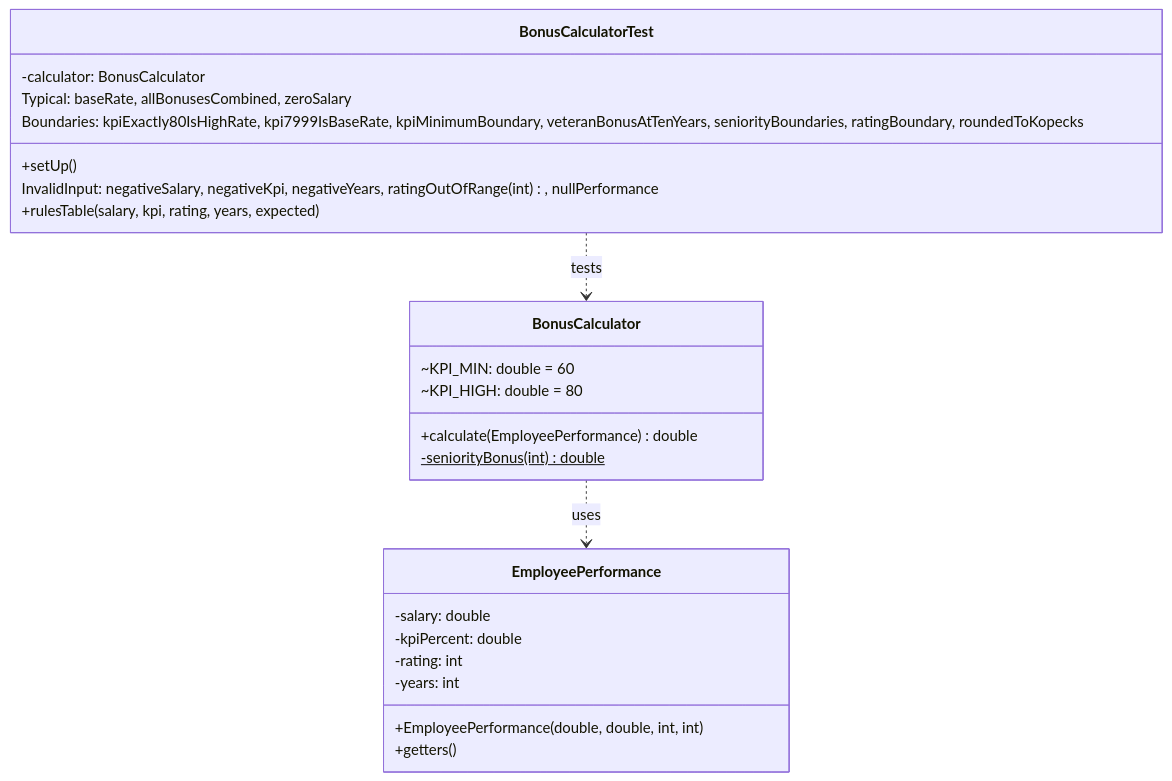
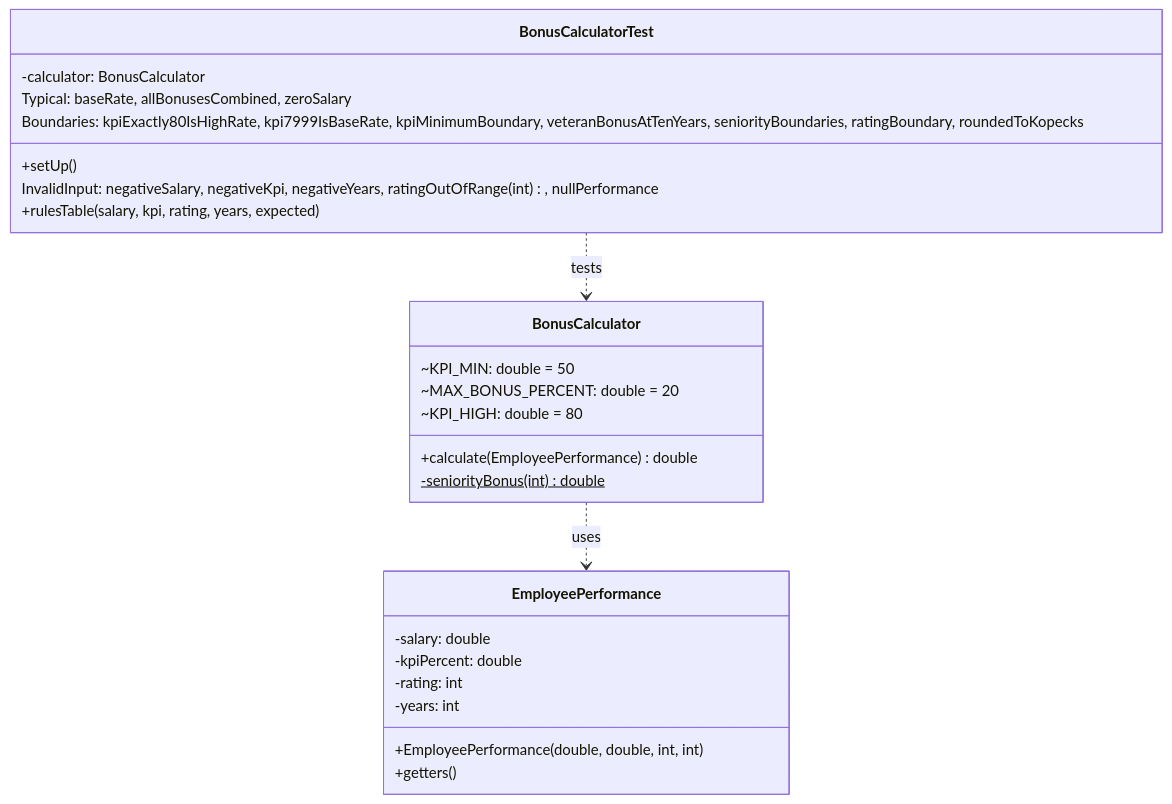
The second of 2 diagrams in pr14/README.md (f1shi/java-practice), drawn with Mermaid before and after one commit. The commit also changed other lines of this file and 68 other files, not shown here.

````diff
--- a/pr14/README.md
+++ b/pr14/README.md
@@ -90,27 +94,28 @@
 ```mermaid
 classDiagram
     class BonusCalculatorTest {
         -calculator: BonusCalculator
         +setUp()
         Typical: baseRate, allBonusesCombined, zeroSalary
         Boundaries: kpiExactly80IsHighRate, kpi7999IsBaseRate, kpiMinimumBoundary, veteranBonusAtTenYears, seniorityBoundaries, ratingBoundary, roundedToKopecks
         InvalidInput: negativeSalary, negativeKpi, negativeYears, ratingOutOfRange(int), nullPerformance
         +rulesTable(salary, kpi, rating, years, expected)
     }
     class BonusCalculator {
-        ~KPI_MIN: double = 60
+        ~KPI_MIN: double = 50
+        ~MAX_BONUS_PERCENT: double = 20
         ~KPI_HIGH: double = 80
         +calculate(EmployeePerformance) double
         -seniorityBonus(int)$ double
     }
     class EmployeePerformance {
         -salary: double
         -kpiPercent: double
         -rating: int
         -years: int
         +EmployeePerformance(double, double, int, int)
         +getters()
     }
     BonusCalculatorTest ..> BonusCalculator : tests
     BonusCalculator ..> EmployeePerformance : uses
 ```
````
